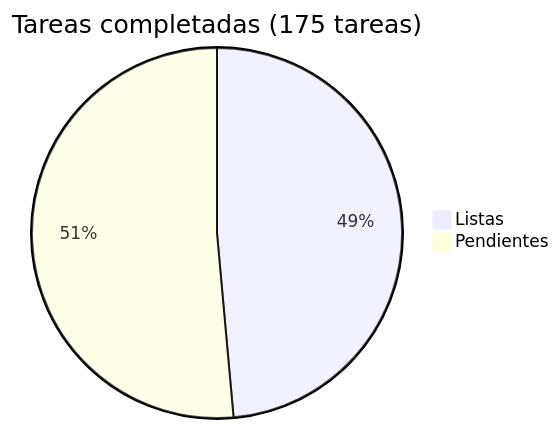
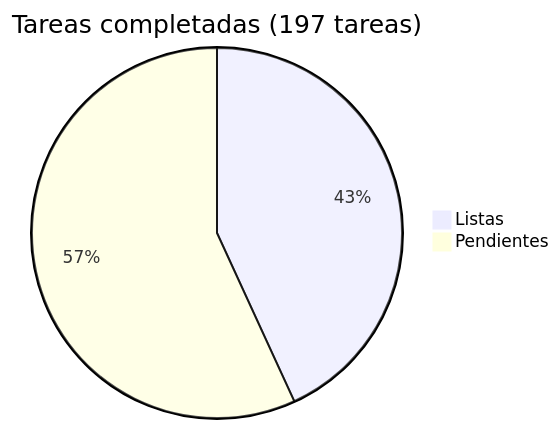
The diagram in docs/roadmap/README.md (araguaney-lat/araguaney), drawn with Mermaid before and after one commit. The commit also changed other lines of this file and 1 other file, not shown here.

````diff
--- a/docs/roadmap/README.md
+++ b/docs/roadmap/README.md
@@ -5,5 +5,5 @@
 ```mermaid
-pie title Tareas completadas (175 tareas)
+pie title Tareas completadas (197 tareas)
     "Listas" : 85
-    "Pendientes" : 90
+    "Pendientes" : 112
 ```
````
